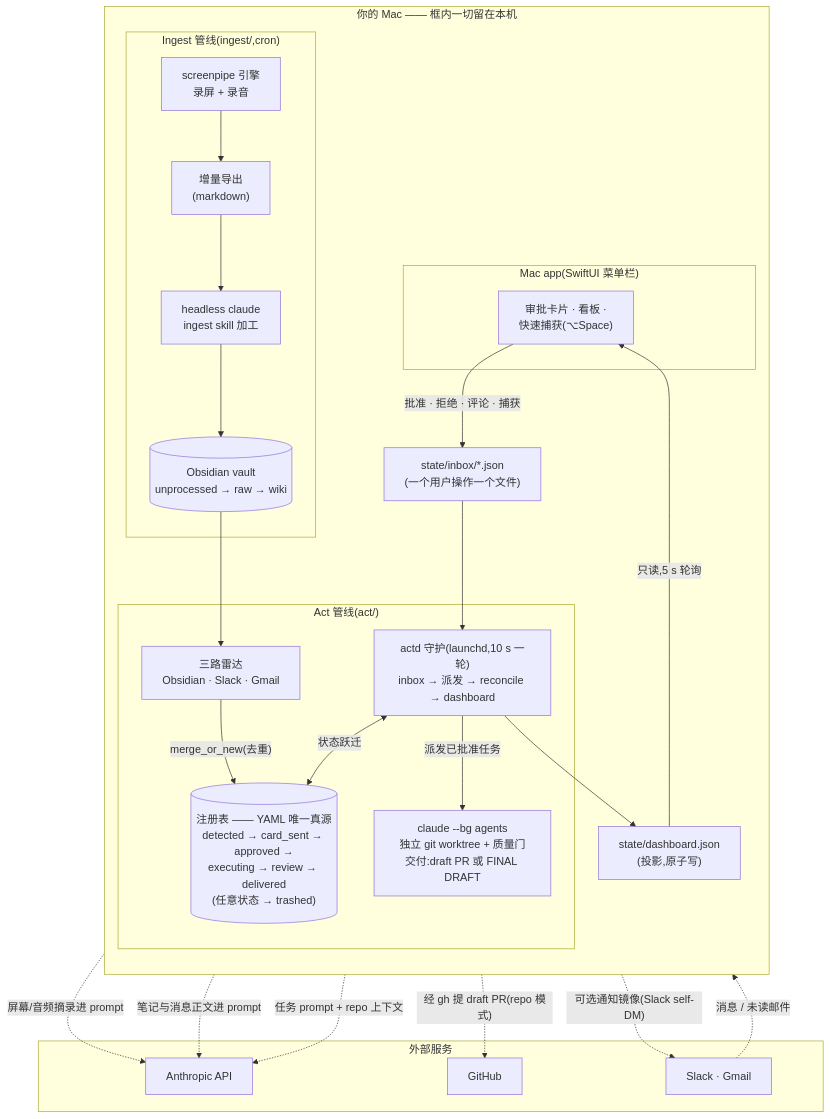
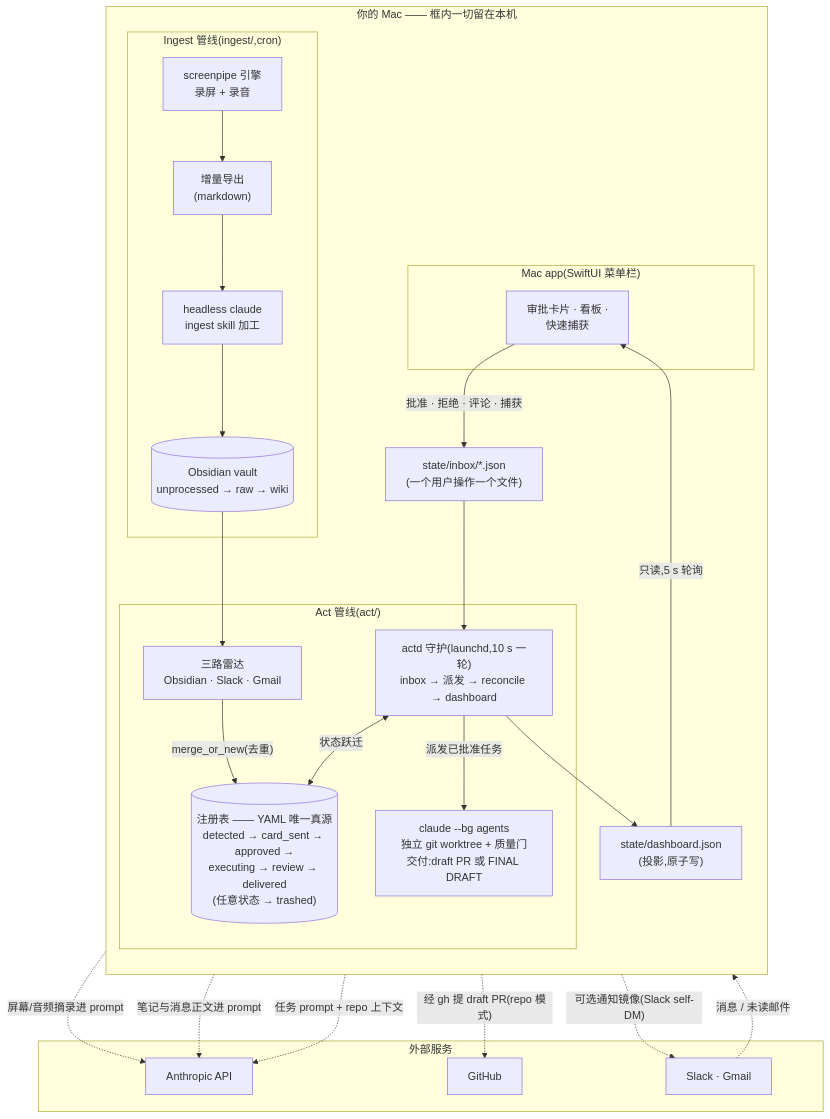
The diagram in README.zh-CN.md (Wan-ZL/zelin-ai-assistant), drawn with Mermaid before and after one commit. The commit also changed other lines of this file and 11 other files, not shown here.

````diff
--- a/README.zh-CN.md
+++ b/README.zh-CN.md
@@ -32,49 +32,49 @@
 ```mermaid
 flowchart TB
     subgraph MAC["你的 Mac —— 框内一切留在本机"]
         direction TB
 
         subgraph INGEST["Ingest 管线(ingest/,cron)"]
             SP["screenpipe 引擎<br/>录屏 + 录音"] --> EXP["增量导出<br/>(markdown)"]
             EXP --> DISTILL["headless claude<br/>ingest skill 加工"]
             DISTILL --> VAULT[("Obsidian vault<br/>unprocessed → raw → wiki")]
         end
 
         subgraph ACTP["Act 管线(act/)"]
             RADARS["三路雷达<br/>Obsidian · Slack · Gmail"]
             REG[("注册表 —— YAML 唯一真源<br/>detected → card_sent → approved →<br/>executing → review → delivered<br/>(任意状态 → trashed)")]
             ACTD["actd 守护(launchd,10 s 一轮)<br/>inbox → 派发 → reconcile → dashboard"]
             AGENTS["claude --bg agents<br/>独立 git worktree + 质量门<br/>交付:draft PR 或 FINAL DRAFT"]
             RADARS -->|"merge_or_new(去重)"| REG
             ACTD <-->|"状态跃迁"| REG
             ACTD -->|"派发已批准任务"| AGENTS
         end
 
         VAULT --> RADARS
 
         DASH["state/dashboard.json<br/>(投影,原子写)"]
         INBOX["state/inbox/*.json<br/>(一个用户操作一个文件)"]
 
         subgraph APP["Mac app(SwiftUI 菜单栏)"]
-            UI["审批卡片 · 看板 ·<br/>快速捕获(⌥Space)"]
+            UI["审批卡片 · 看板 ·<br/>快速捕获"]
         end
 
         ACTD --> DASH
         DASH -->|"只读,5 s 轮询"| UI
         UI -->|"批准 · 拒绝 · 评论 · 捕获"| INBOX
         INBOX --> ACTD
     end
 
     subgraph EXT["外部服务"]
         ANTH["Anthropic API"]
         GH["GitHub"]
         SRC["Slack · Gmail"]
     end
 
     DISTILL -.->|"屏幕/音频摘录进 prompt"| ANTH
     RADARS -.->|"笔记与消息正文进 prompt"| ANTH
     AGENTS -.->|"任务 prompt + repo 上下文"| ANTH
     AGENTS -.->|"经 gh 提 draft PR(repo 模式)"| GH
     SRC -.->|"消息 / 未读邮件"| RADARS
     ACTD -.->|"可选通知镜像(Slack self-DM)"| SRC
 ```
````
